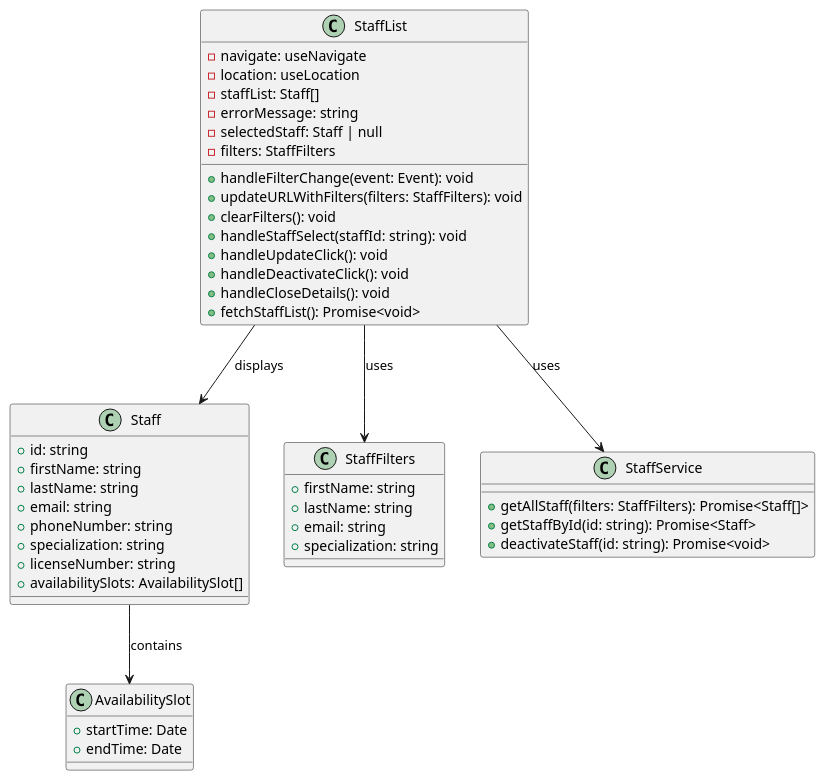
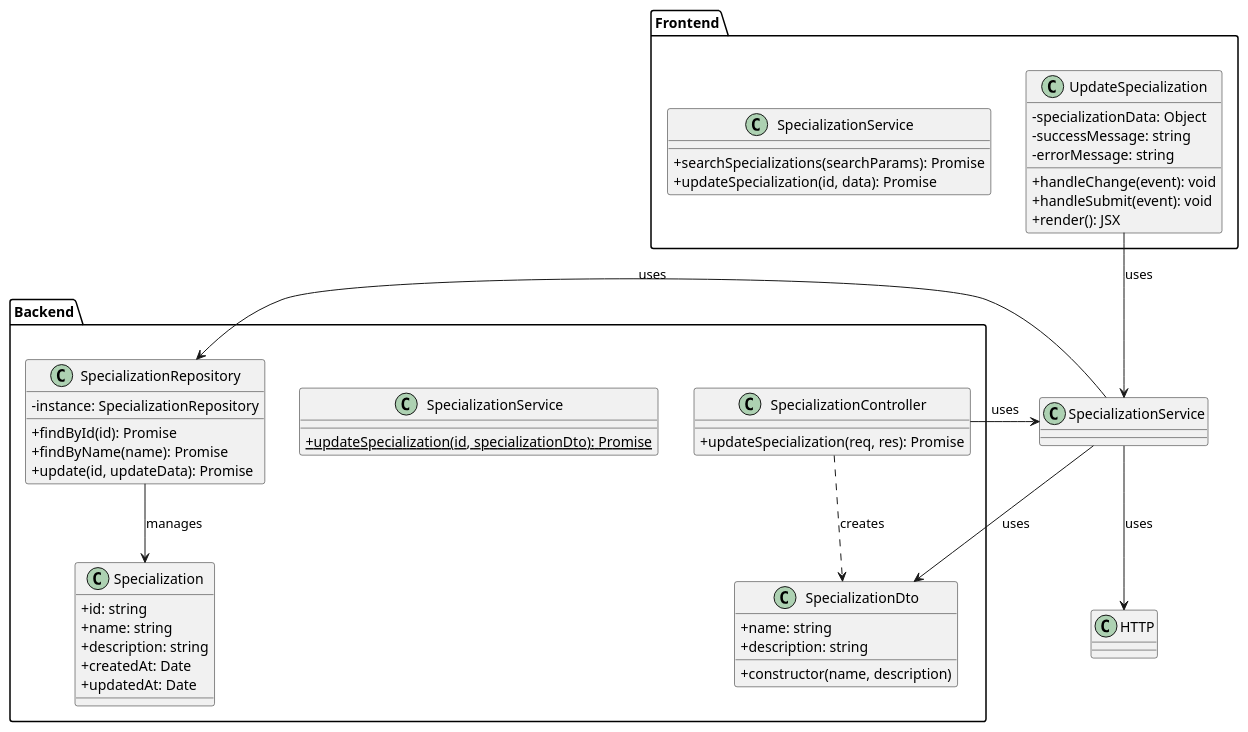
Before and after one commit to HugBar/3DC_G17: the diagram in docs/Sprint3/US 7.2.13/CD.puml, drawn with PlantUML. The commit also changed 11 other files, not shown here.

```diff
--- a/docs/Sprint3/US 7.2.13/CD.puml
+++ b/docs/Sprint3/US 7.2.13/CD.puml
@@ -1,55 +1,61 @@
-@startuml StaffList Class Diagram
+@startuml Update Specialization Class Diagram
 
-class StaffList {
-  - navigate: useNavigate
-  - location: useLocation
-  - staffList: Staff[]
-  - errorMessage: string
-  - selectedStaff: Staff | null
-  - filters: StaffFilters
-  
-  + handleFilterChange(event: Event): void
-  + updateURLWithFilters(filters: StaffFilters): void
-  + clearFilters(): void
-  + handleStaffSelect(staffId: string): void
-  + handleUpdateClick(): void
-  + handleDeactivateClick(): void
-  + handleCloseDetails(): void
-  + fetchStaffList(): Promise<void>
+skinparam classAttributeIconSize 0
+
+package "Frontend" {
+    class UpdateSpecialization {
+        - specializationData: Object
+        - successMessage: string
+        - errorMessage: string
+        + handleChange(event): void
+        + handleSubmit(event): void
+        + render(): JSX
+    }
+
+    class SpecializationService {
+        + searchSpecializations(searchParams): Promise
+        + updateSpecialization(id, data): Promise
+    }
 }
 
-class Staff {
-  + id: string
-  + firstName: string
-  + lastName: string
-  + email: string
-  + phoneNumber: string
-  + specialization: string
-  + licenseNumber: string
-  + availabilitySlots: AvailabilitySlot[]
+package "Backend" {
+    class SpecializationController {
+        + updateSpecialization(req, res): Promise
+    }
+
+    class SpecializationService {
+        + {static} updateSpecialization(id, specializationDto): Promise
+    }
+
+    class SpecializationRepository {
+        - instance: SpecializationRepository
+        + findById(id): Promise
+        + findByName(name): Promise
+        + update(id, updateData): Promise
+    }
+
+    class SpecializationDto {
+        + name: string
+        + description: string
+        + constructor(name, description)
+    }
+
+    class Specialization {
+        + id: string
+        + name: string
+        + description: string
+        + createdAt: Date
+        + updatedAt: Date
+    }
 }
 
-class StaffFilters {
-  + firstName: string
-  + lastName: string
-  + email: string
-  + specialization: string
-}
-
-class AvailabilitySlot {
-  + startTime: Date
-  + endTime: Date
-}
-
-class StaffService {
-  + getAllStaff(filters: StaffFilters): Promise<Staff[]>
-  + getStaffById(id: string): Promise<Staff>
-  + deactivateStaff(id: string): Promise<void>
-}
-
-StaffList --> Staff: displays
-StaffList --> StaffFilters: uses
-StaffList --> StaffService: uses
-Staff --> AvailabilitySlot: contains
+' Relationships
+UpdateSpecialization --> SpecializationService: uses
+SpecializationService --> "HTTP" : uses
+SpecializationController --> SpecializationService: uses
+SpecializationService --> SpecializationRepository: uses
+SpecializationService --> SpecializationDto: uses
+SpecializationController ..> SpecializationDto: creates
+SpecializationRepository --> Specialization: manages
 
 @enduml
```
